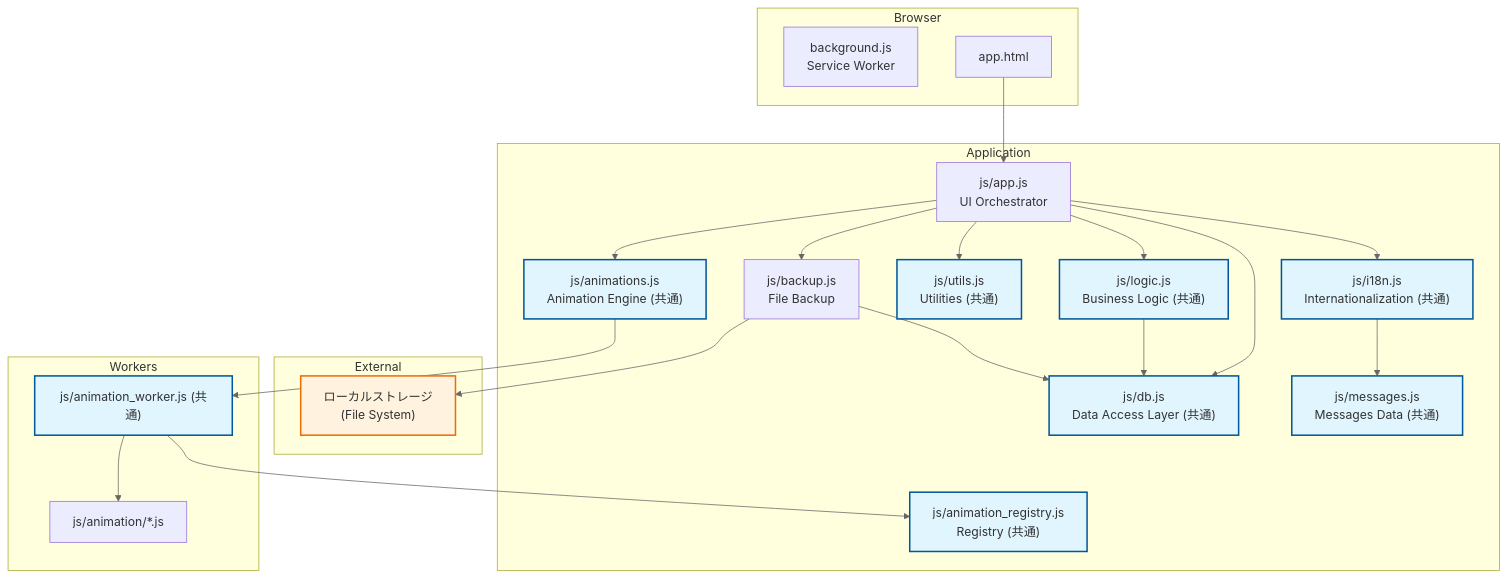
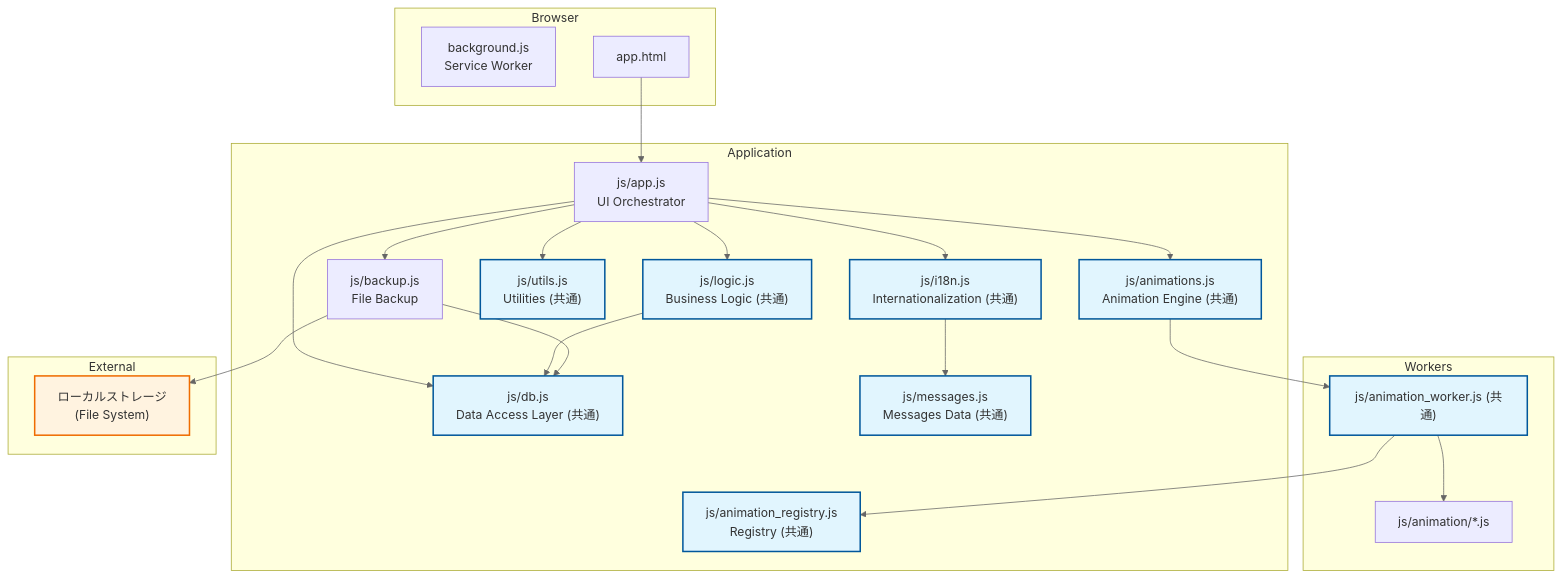
The first of 12 diagrams in docs/README_DEV.md (masanori-satake/QuickLog-Solo), drawn with Mermaid before and after one commit. The commit also changed other lines of this file, not shown here.

First line of the commit message:
docs: fix mermaid syntax and adjust architecture diagram layout

````diff
--- a/docs/README_DEV.md
+++ b/docs/README_DEV.md
@@ -25,49 +25,48 @@
 ```mermaid
 graph TD
     classDef common fill:#e1f5fe,stroke:#01579b,stroke-width:2px;
-
     classDef storage fill:#fff3e0,stroke:#ef6c00,stroke-width:2px;
-
-    subgraph External
-        LS["ローカルストレージ <br/>(File System)"]:::storage
-    end
 
     subgraph Browser
         SW[background.js <br/>Service Worker]
         App[app.html]
     end
 
     subgraph Application
         AppJS[js/app.js <br/>UI Orchestrator]
         Logic["js/logic.js <br/>Business Logic (共通)"]:::common
         DB["js/db.js <br/>Data Access Layer (共通)"]:::common
         Backup[js/backup.js <br/>File Backup]
         Utils["js/utils.js <br/>Utilities (共通)"]:::common
         I18n["js/i18n.js <br/>Internationalization (共通)"]:::common
         Messages["js/messages.js <br/>Messages Data (共通)"]:::common
         Anim["js/animations.js <br/>Animation Engine (共通)"]:::common
         Registry["js/animation_registry.js <br/>Registry (共通)"]:::common
     end
 
     subgraph Workers
         AnimWorker["js/animation_worker.js (共通)"]:::common
         AnimModules[js/animation/*.js]
     end
 
+    subgraph External
+        LS["ローカルストレージ <br/>(File System)"]:::storage
+    end
+
     App --> AppJS
     AppJS --> Logic
     AppJS --> DB
     AppJS --> Utils
     AppJS --> I18n
     AppJS --> Anim
     AppJS --> Backup
     Logic --> DB
     Backup --> DB
     Backup --> LS
     Anim --> AnimWorker
     AnimWorker --> Registry
     AnimWorker --> AnimModules
     I18n --> Messages
 
     linkStyle default stroke:#666,stroke-width:1px;
 ```
````
